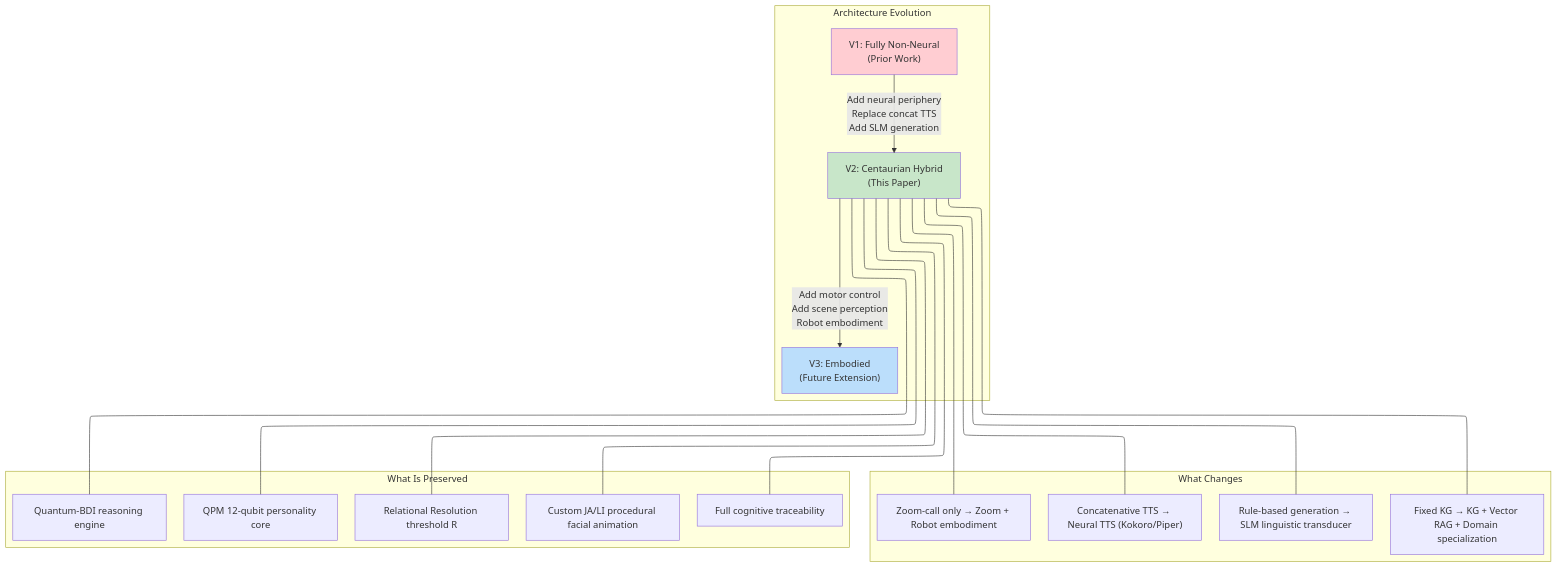
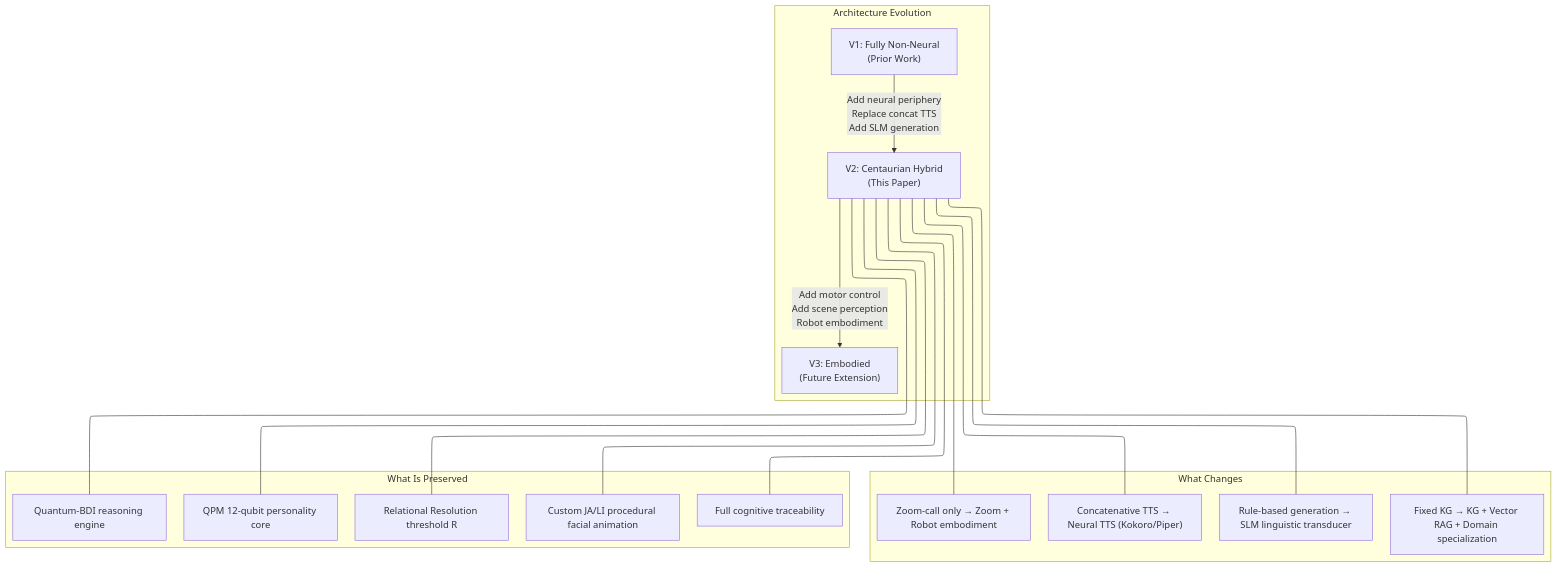
One commit to JustForCodin/Centaurian_Architecture_Implementation changed the first of 18 diagrams in Centaurian_Hybrid_Architecture_v3.md. Above: the diagram before and after it, drawn with Mermaid. The commit also changed other lines of this file, not shown here.

First line of the commit message:
v3 paper: node-graph rendering, Phase 1/2 domain split, persona-coherence reframe

````diff
--- a/Centaurian_Hybrid_Architecture_v3.md
+++ b/Centaurian_Hybrid_Architecture_v3.md
@@ -78,36 +78,33 @@
 ```mermaid
 %%{init: {"flowchart": {"defaultRenderer": "elk"}} }%%
 graph TD
     subgraph "Architecture Evolution"
         V1["V1: Fully Non-Neural<br/>(Prior Work)"]
         V2["V2: Centaurian Hybrid<br/>(This Paper)"]
         V3["V3: Embodied<br/>(Future Extension)"]
         V1 -->|"Add neural periphery<br/>Replace concat TTS<br/>Add SLM generation"| V2
         V2 -->|"Add motor control<br/>Add scene perception<br/>Robot embodiment"| V3
     end
     subgraph "What Changes"
         CHANGE1["Concatenative TTS → Neural TTS (Kokoro/Piper)"]
         CHANGE2["Rule-based generation → SLM linguistic transducer"]
         CHANGE3["Zoom-call only → Zoom + Robot embodiment"]
         CHANGE4["Fixed KG → KG + Vector RAG + Domain specialization"]
     end
     subgraph "What Is Preserved"
         KEEP1["QPM 12-qubit personality core"]
         KEEP2["Relational Resolution threshold R"]
         KEEP3["Quantum-BDI reasoning engine"]
         KEEP4["Custom JA/LI procedural facial animation"]
         KEEP5["Full cognitive traceability"]
     end
     V2 --- CHANGE1
     V2 --- CHANGE2
     V2 --- CHANGE3
     V2 --- CHANGE4
     V2 --- KEEP1
     V2 --- KEEP2
     V2 --- KEEP3
     V2 --- KEEP4
     V2 --- KEEP5
-    style V1 fill:#ffcdd2
-    style V2 fill:#c8e6c9
-    style V3 fill:#bbdefb
 ```
````
